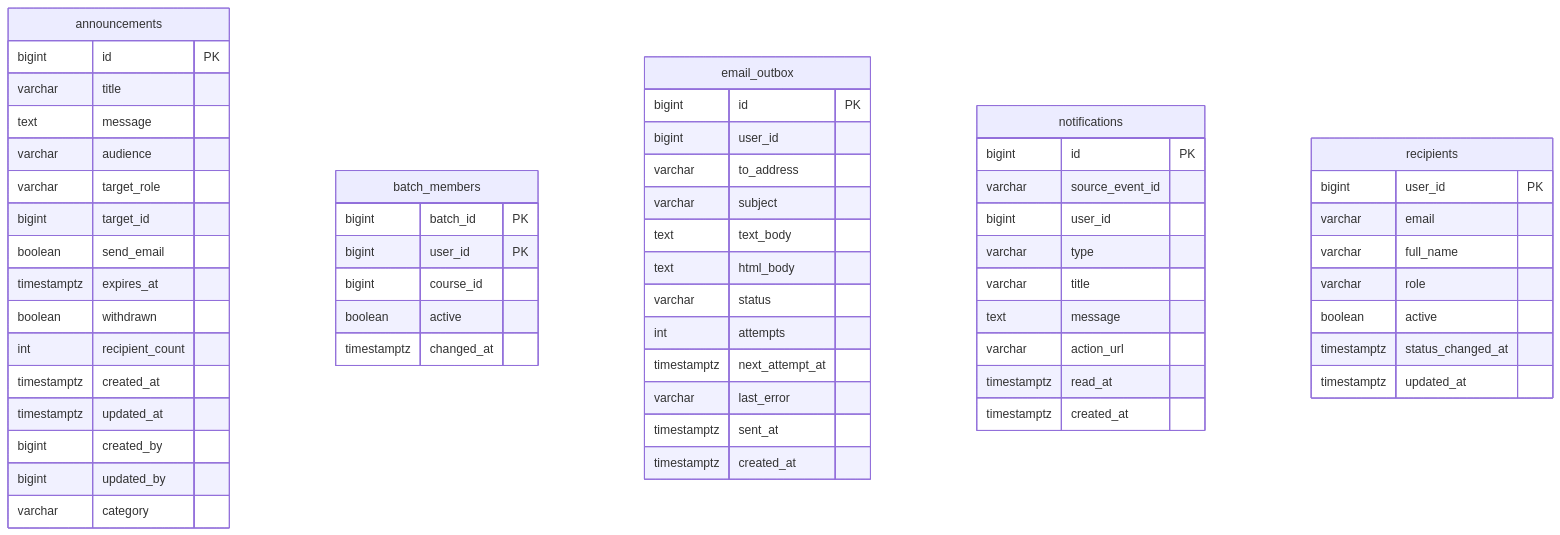
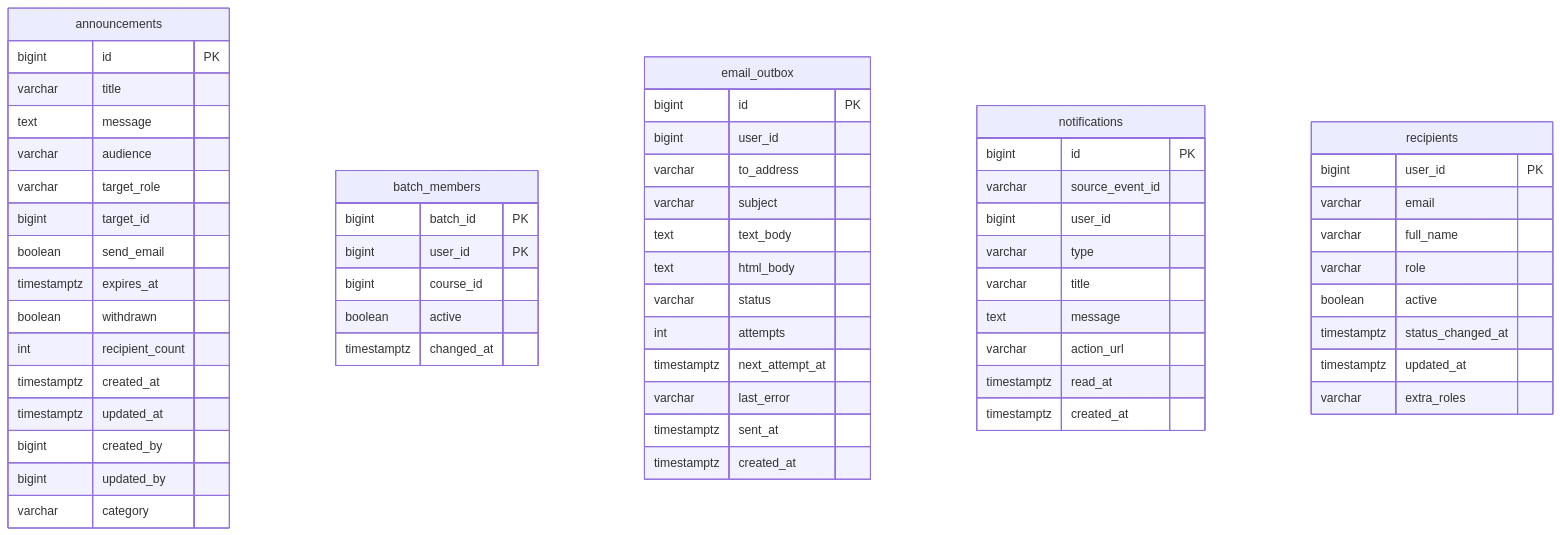
Before and after one commit to rohanrk2810/ITLMS: the diagram in docs/diagrams/db/notification.mmd, drawn with Mermaid. The commit also changed 72 other files, not shown here.

```diff
--- a/docs/diagrams/db/notification.mmd
+++ b/docs/diagrams/db/notification.mmd
@@ -1,59 +1,60 @@
 erDiagram
     announcements {
         bigint id PK
         varchar title
         text message
         varchar audience
         varchar target_role
         bigint target_id
         boolean send_email
         timestamptz expires_at
         boolean withdrawn
         int recipient_count
         timestamptz created_at
         timestamptz updated_at
         bigint created_by
         bigint updated_by
         varchar category
     }
     batch_members {
         bigint batch_id PK
         bigint user_id PK
         bigint course_id
         boolean active
         timestamptz changed_at
     }
     email_outbox {
         bigint id PK
         bigint user_id
         varchar to_address
         varchar subject
         text text_body
         text html_body
         varchar status
         int attempts
         timestamptz next_attempt_at
         varchar last_error
         timestamptz sent_at
         timestamptz created_at
     }
     notifications {
         bigint id PK
         varchar source_event_id
         bigint user_id
         varchar type
         varchar title
         text message
         varchar action_url
         timestamptz read_at
         timestamptz created_at
     }
     recipients {
         bigint user_id PK
         varchar email
         varchar full_name
         varchar role
         boolean active
         timestamptz status_changed_at
         timestamptz updated_at
+        varchar extra_roles
     }
```
